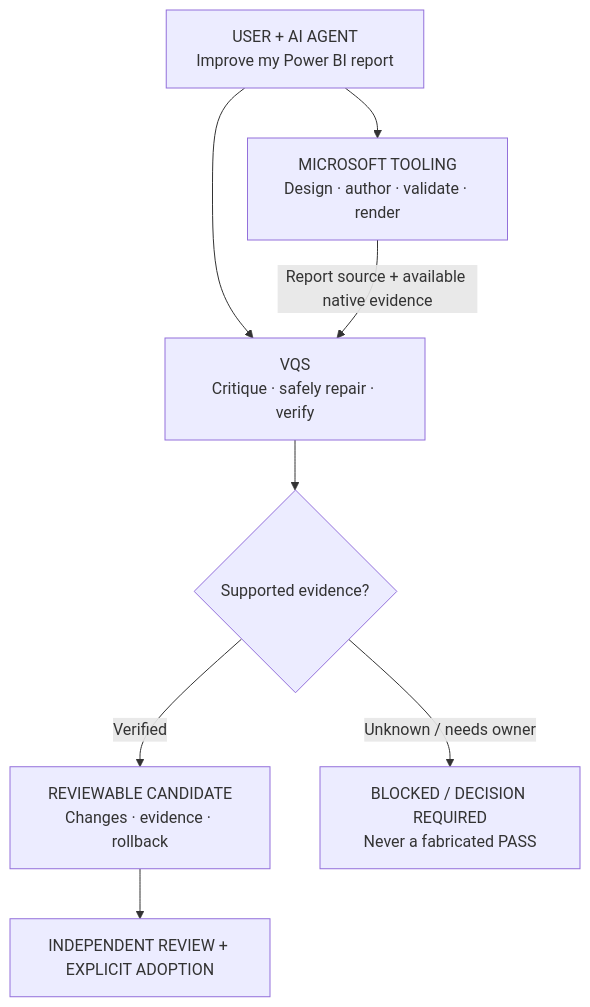
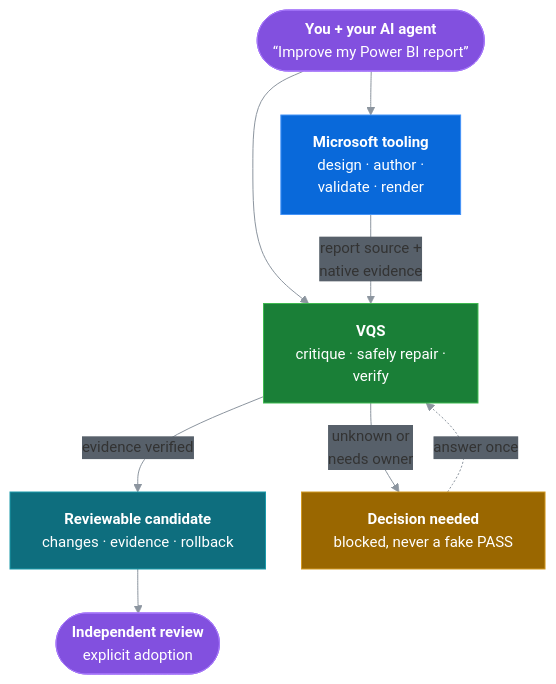
The diagram in README.md (analienx/visual-quality-system), drawn with Mermaid before and after one commit.

Commit message:
docs: make the README product-direction diagram readable on mobile and dark mode
The #125 diagram clipped every label on GitHub mobile (all-caps titles are
wider than Mermaid measures) and rendered as flat grey in dark mode.
- Sentence-case titles in bold with explicit line breaks, so no box clips.
- The "Supported evidence?" diamond moves onto the two outgoing edges.
- Fixed colours that keep white text readable in light and dark themes:
  user/adoption violet, Microsoft blue, VQS green, candidate teal,
  decision amber; neutral grey edges and edge labels.
- Dotted "answer once" loop from the decision back to VQS, matching the
  owner-decisions flow described below the diagram.
Same meaning and steps as before; no other README change.

Claude-Session: https://claude.ai/code/session_01HCKANFjqiTtz23eFLcBEct

````diff
--- a/README.md
+++ b/README.md
@@ -27,11 +27,29 @@
 ```mermaid
+%%{init: {"theme": "base", "themeVariables": {"fontSize": "15px", "lineColor": "#8c959f", "textColor": "#ffffff", "edgeLabelBackground": "#57606a"}, "flowchart": {"padding": 16, "nodeSpacing": 36, "rankSpacing": 44, "curve": "basis"}}}%%
 flowchart TB
-    U["USER + AI AGENT<br/>Improve my Power BI report"]
-    U --> M["MICROSOFT TOOLING<br/>Design · author · validate · render"]
-    U --> V["VQS<br/>Critique · safely repair · verify"]
-    M -->|"Report source + available native evidence"| V
-    V --> Q{"Supported evidence?"}
-    Q -->|"Verified"| C["REVIEWABLE CANDIDATE<br/>Changes · evidence · rollback"]
-    Q -->|"Unknown / needs owner"| B["BLOCKED / DECISION REQUIRED<br/>Never a fabricated PASS"]
-    C --> A["INDEPENDENT REVIEW + EXPLICIT ADOPTION"]
+    U(["<b>You + your AI agent</b><br/>“Improve my Power BI report”"])
+    M["<b>Microsoft tooling</b><br/>design · author ·<br/>validate · render"]
+    V["<b>VQS</b><br/>critique · safely repair ·<br/>verify"]
+    C["<b>Reviewable candidate</b><br/>changes · evidence · rollback"]
+    B["<b>Decision needed</b><br/>blocked, never a fake PASS"]
+    A(["<b>Independent review</b><br/>explicit adoption"])
+
+    U --> M
+    U --> V
+    M -- "report source +<br/>native evidence" --> V
+    V -- "evidence verified" --> C
+    V -- "unknown or<br/>needs owner" --> B
+    C --> A
+    B -. "answer once" .-> V
+
+    classDef user fill:#8250df,stroke:#a475f9,color:#ffffff
+    classDef ms fill:#0969da,stroke:#4493f8,color:#ffffff
+    classDef vqs fill:#1a7f37,stroke:#3fb950,color:#ffffff
+    classDef ok fill:#0e6e7e,stroke:#1b9aaa,color:#ffffff
+    classDef stop fill:#9a6700,stroke:#d29922,color:#ffffff
+    class U,A user
+    class M ms
+    class V vqs
+    class C ok
+    class B stop
 ```
````
